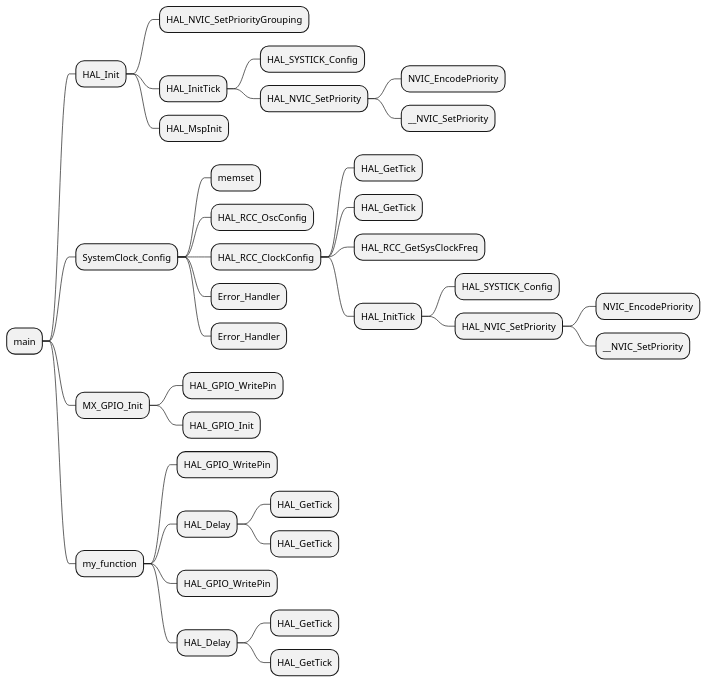
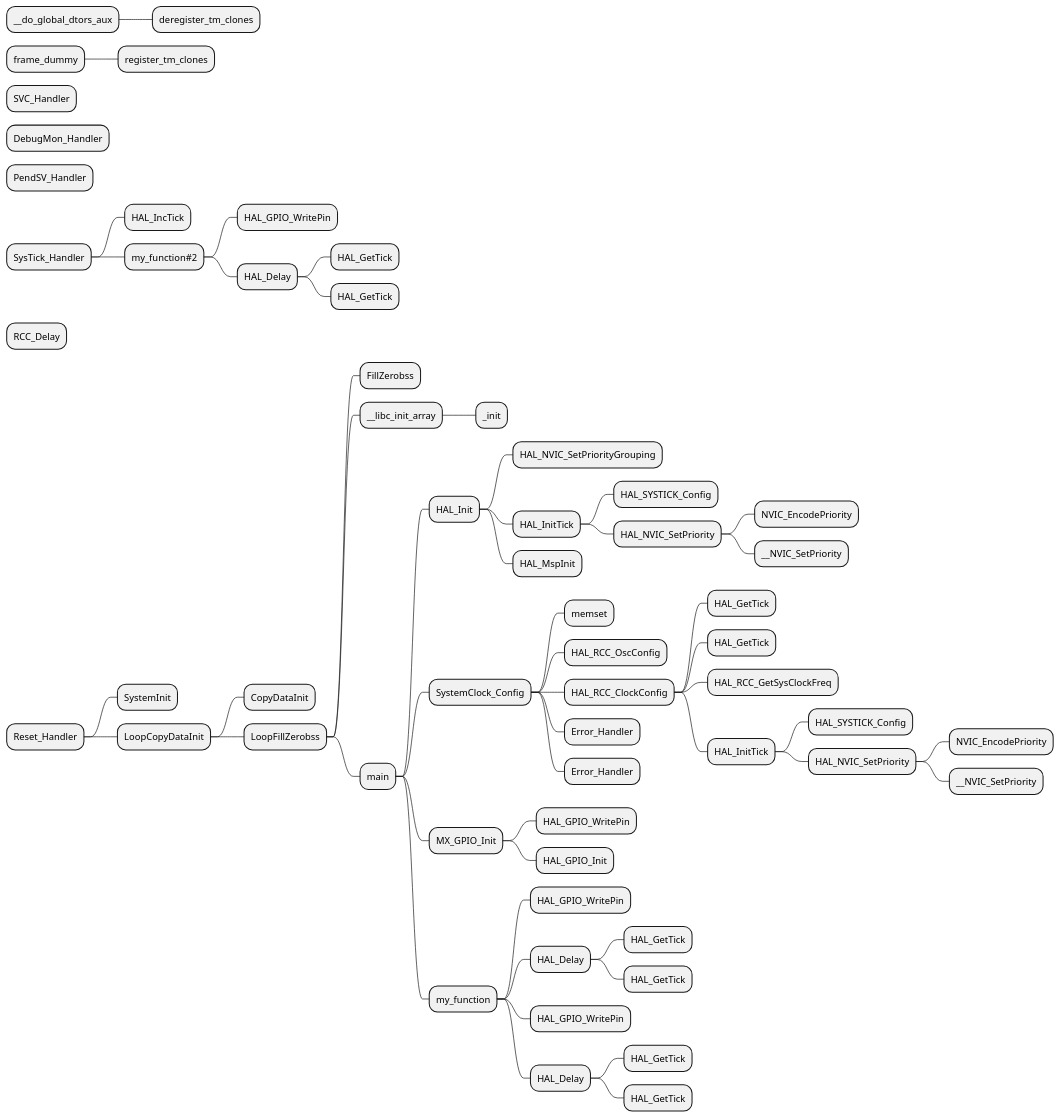
Before and after one commit to AnChangNice/elfcallgraph: the diagram in debug.pu, drawn with PlantUML. The commit also changed 3 other files, not shown here.

```diff
--- a/debug.pu
+++ b/debug.pu
@@ -1,37 +1,60 @@
 @startmindmap
-* main
-** HAL_Init
-*** HAL_NVIC_SetPriorityGrouping
-*** HAL_InitTick
-**** HAL_SYSTICK_Config
-**** HAL_NVIC_SetPriority
-***** NVIC_EncodePriority
-***** __NVIC_SetPriority
-*** HAL_MspInit
-** SystemClock_Config
-*** memset
-*** HAL_RCC_OscConfig
-*** HAL_RCC_ClockConfig
-**** HAL_GetTick
-**** HAL_GetTick
-**** HAL_RCC_GetSysClockFreq
-**** HAL_InitTick
-***** HAL_SYSTICK_Config
-***** HAL_NVIC_SetPriority
-****** NVIC_EncodePriority
-****** __NVIC_SetPriority
-*** Error_Handler
-*** Error_Handler
-** MX_GPIO_Init
-*** HAL_GPIO_WritePin
-*** HAL_GPIO_Init
-** my_function
+* __do_global_dtors_aux
+** deregister_tm_clones
+* frame_dummy
+** register_tm_clones
+* SVC_Handler
+* DebugMon_Handler
+* PendSV_Handler
+* SysTick_Handler
+** HAL_IncTick
+** my_function#2
 *** HAL_GPIO_WritePin
 *** HAL_Delay
 **** HAL_GetTick
 **** HAL_GetTick
-*** HAL_GPIO_WritePin
-*** HAL_Delay
-**** HAL_GetTick
-**** HAL_GetTick
+* RCC_Delay
+* Reset_Handler
+** SystemInit
+** LoopCopyDataInit
+*** CopyDataInit
+*** LoopFillZerobss
+**** FillZerobss
+**** __libc_init_array
+***** _init
+**** main
+***** HAL_Init
+****** HAL_NVIC_SetPriorityGrouping
+****** HAL_InitTick
+******* HAL_SYSTICK_Config
+******* HAL_NVIC_SetPriority
+******** NVIC_EncodePriority
+******** __NVIC_SetPriority
+****** HAL_MspInit
+***** SystemClock_Config
+****** memset
+****** HAL_RCC_OscConfig
+****** HAL_RCC_ClockConfig
+******* HAL_GetTick
+******* HAL_GetTick
+******* HAL_RCC_GetSysClockFreq
+******* HAL_InitTick
+******** HAL_SYSTICK_Config
+******** HAL_NVIC_SetPriority
+********* NVIC_EncodePriority
+********* __NVIC_SetPriority
+****** Error_Handler
+****** Error_Handler
+***** MX_GPIO_Init
+****** HAL_GPIO_WritePin
+****** HAL_GPIO_Init
+***** my_function
+****** HAL_GPIO_WritePin
+****** HAL_Delay
+******* HAL_GetTick
+******* HAL_GetTick
+****** HAL_GPIO_WritePin
+****** HAL_Delay
+******* HAL_GetTick
+******* HAL_GetTick
 @endmindmap
```
